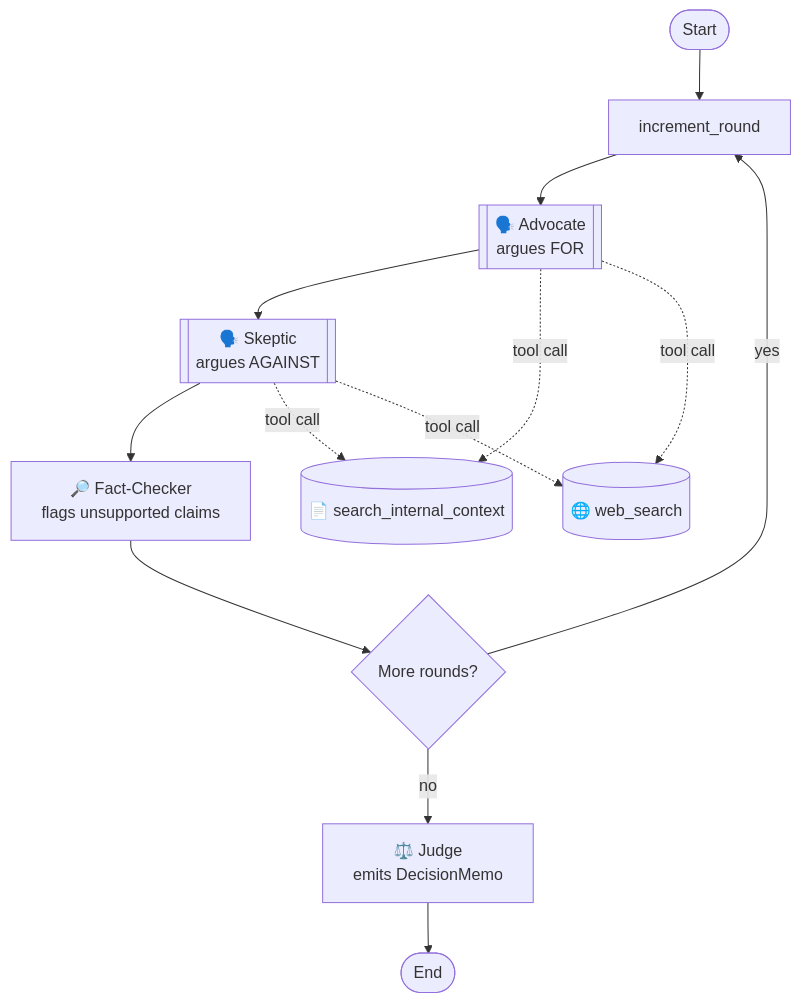
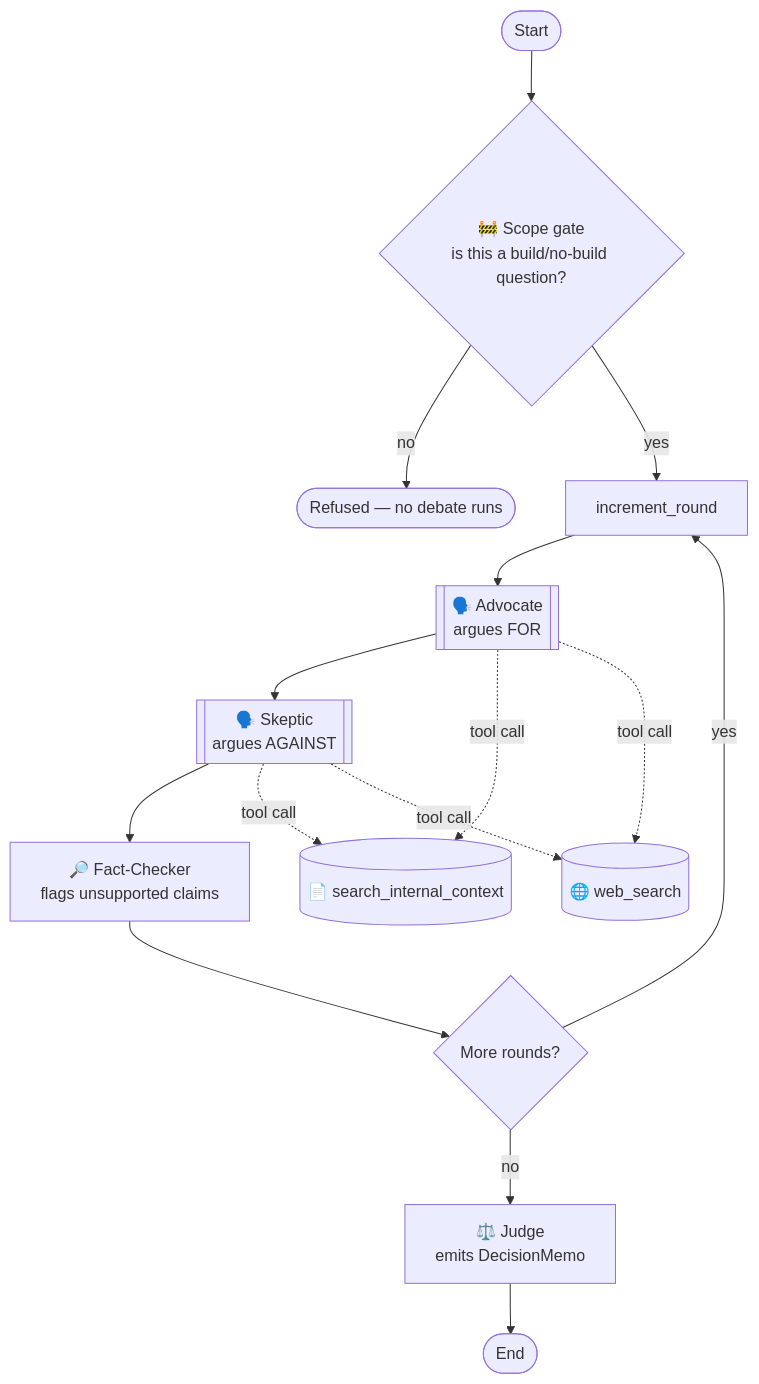
Before and after one commit to matiascabello/should-we-build-it: the diagram in README.md, drawn with Mermaid. The commit also changed other lines of this file and 11 other files, not shown here.

Commit message:
added gate node to keep inappropriate/irrelevant content from triggering a debate

````diff
--- a/README.md
+++ b/README.md
@@ -175,16 +175,18 @@
 ```mermaid
 flowchart TD
-    Start(["Start"]) --> Round["increment_round"]
+    Start(["Start"]) --> Gate{"🚧 Scope gate<br/>is this a build/no-build question?"}
+    Gate -- no --> Refuse(["Refused — no debate runs"])
+    Gate -- yes --> Round["increment_round"]
     Round --> Advocate[["🗣️ Advocate<br/>argues FOR"]]
     Advocate --> Skeptic[["🗣️ Skeptic<br/>argues AGAINST"]]
     Skeptic --> Fact["🔎 Fact-Checker<br/>flags unsupported claims"]
     Fact --> Decide{"More rounds?"}
     Decide -- yes --> Round
     Decide -- no --> Judge["⚖️ Judge<br/>emits DecisionMemo"]
     Judge --> Finish(["End"])
 
     Advocate -. tool call .-> Internal[("📄 search_internal_context")]
     Advocate -. tool call .-> Web[("🌐 web_search")]
     Skeptic -. tool call .-> Internal
     Skeptic -. tool call .-> Web
 ```
````
